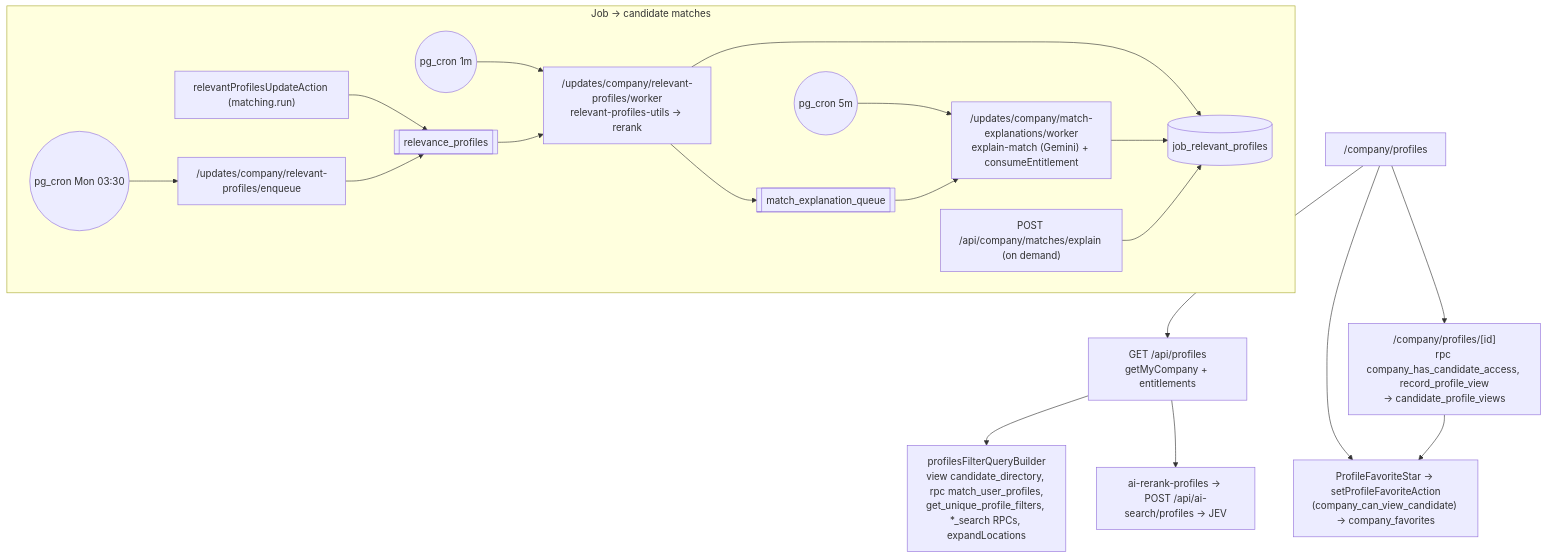
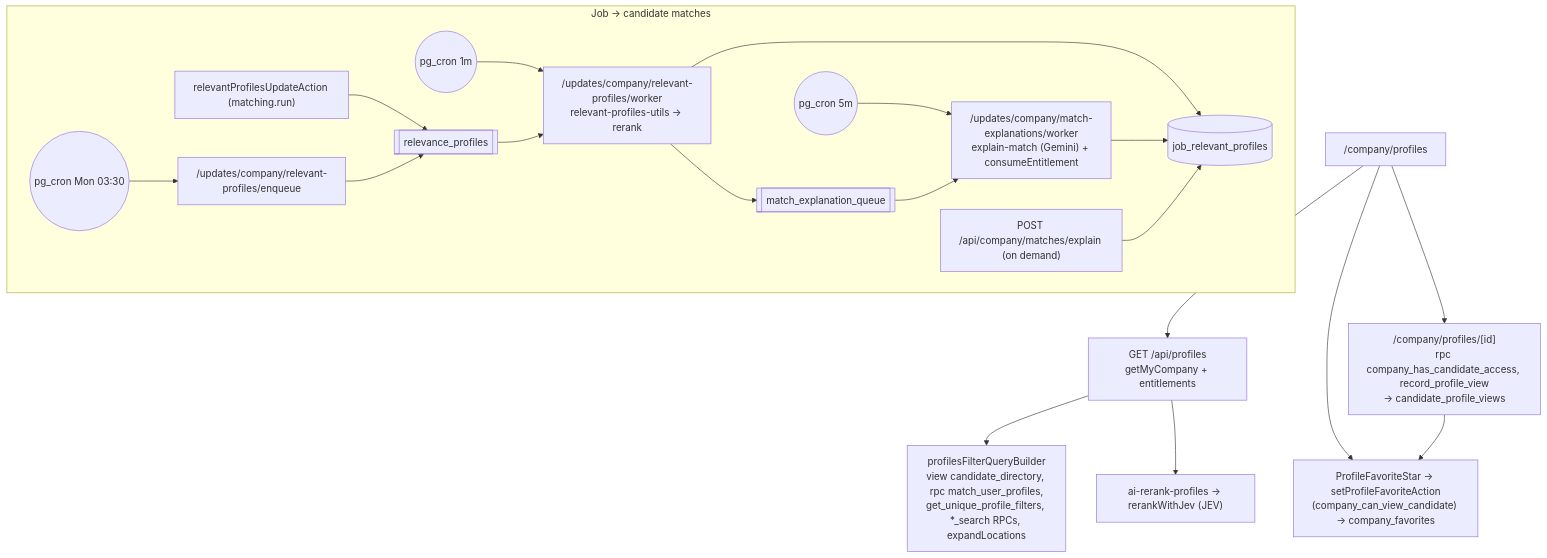
Before and after one commit to kVarunkk/GetHired: the tenth of 16 diagrams in docs/app-flows/03-company.md, drawn with Mermaid. The commit also changed 10 other files, not shown here.

First line of the commit message:
fix(profiles): rerank directly and drop the public /api/ai-search/profiles route

````diff
--- a/docs/app-flows/03-company.md
+++ b/docs/app-flows/03-company.md
@@ -211,21 +211,21 @@
 ```mermaid
 flowchart TD
   P["/company/profiles"] --> API["GET /api/profiles<br/>getMyCompany + entitlements"]
   API --> PQB["profilesFilterQueryBuilder<br/>view candidate_directory, rpc match_user_profiles,<br/>get_unique_profile_filters, *_search RPCs, expandLocations"]
-  API --> AIR["ai-rerank-profiles → POST /api/ai-search/profiles → JEV"]
+  API --> AIR["ai-rerank-profiles → rerankWithJev (JEV)"]
   P --> PP["/company/profiles/[id]<br/>rpc company_has_candidate_access, record_profile_view<br/>→ candidate_profile_views"]
   P & PP --> FAV["ProfileFavoriteStar → setProfileFavoriteAction<br/>(company_can_view_candidate) → company_favorites"]
 
   subgraph Matching["Job → candidate matches"]
     E1(("pg_cron Mon 03:30")) --> EN["/updates/company/relevant-profiles/enqueue"]
     MAN["relevantProfilesUpdateAction (matching.run)"] --> RQ
     EN --> RQ[["relevance_profiles"]]
     W1(("pg_cron 1m")) --> RW["/updates/company/relevant-profiles/worker<br/>relevant-profiles-utils → rerank"]
     RQ --> RW
     RW --> JRP[("job_relevant_profiles")]
     RW --> XQ[["match_explanation_queue"]]
     W2(("pg_cron 5m")) --> XW["/updates/company/match-explanations/worker<br/>explain-match (Gemini) + consumeEntitlement"]
     XQ --> XW --> JRP
     OD["POST /api/company/matches/explain (on demand)"] --> JRP
   end
 ```
````
